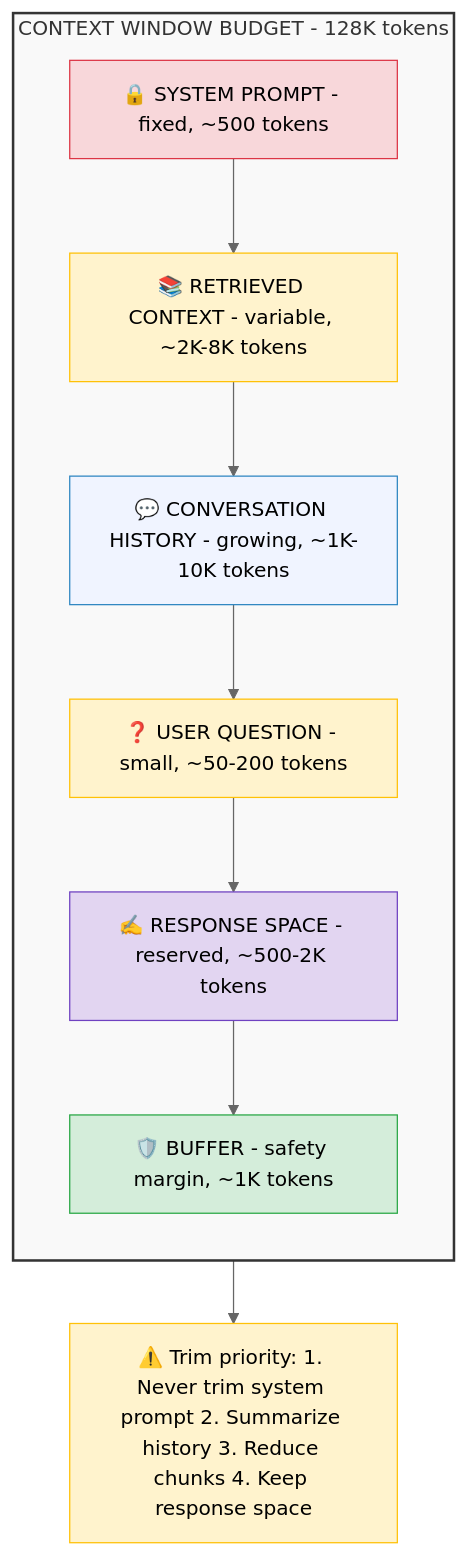
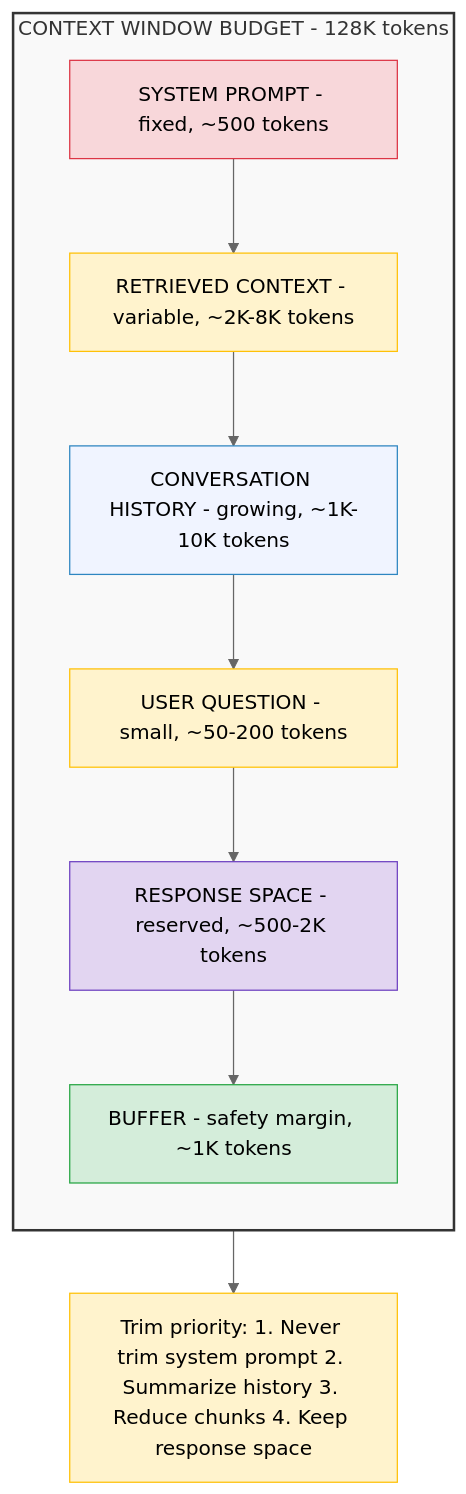
Before and after one commit to ithinktavo/GenAI-Engineering-Handbook: the third of 4 diagrams in docs/12-context-risks.md, drawn with Mermaid (neutral theme). The commit also changed other lines of this file and 10 other files, not shown here.

Commit message:
Diagram updates

````diff
--- a/docs/12-context-risks.md
+++ b/docs/12-context-risks.md
@@ -206,26 +206,26 @@
 ```mermaid
 graph TD
     subgraph budget["CONTEXT WINDOW BUDGET - 128K tokens"]
         direction TB
-        S["🔒 SYSTEM PROMPT - fixed, ~500 tokens"]
-        R["📚 RETRIEVED CONTEXT - variable, ~2K-8K tokens"]
-        H["💬 CONVERSATION HISTORY - growing, ~1K-10K tokens"]
-        Q["❓ USER QUESTION - small, ~50-200 tokens"]
-        RS["✍️ RESPONSE SPACE - reserved, ~500-2K tokens"]
-        B["🛡️ BUFFER - safety margin, ~1K tokens"]
+        S["SYSTEM PROMPT - fixed, ~500 tokens"]
+        R["RETRIEVED CONTEXT - variable, ~2K-8K tokens"]
+        H["CONVERSATION HISTORY - growing, ~1K-10K tokens"]
+        Q["USER QUESTION - small, ~50-200 tokens"]
+        RS["RESPONSE SPACE - reserved, ~500-2K tokens"]
+        B["BUFFER - safety margin, ~1K tokens"]
 
         S --> R --> H --> Q --> RS --> B
     end
 
-    TRIM["⚠️ Trim priority: 1. Never trim system prompt 2. Summarize history 3. Reduce chunks 4. Keep response space"]
+    TRIM["Trim priority: 1. Never trim system prompt 2. Summarize history 3. Reduce chunks 4. Keep response space"]
     budget --> TRIM
 
     style S fill:#f8d7da,stroke:#dc3545
     style R fill:#fff3cd,stroke:#ffc107
     style H fill:#f0f4ff,stroke:#2E86C1
     style Q fill:#fff3cd,stroke:#ffc107
     style RS fill:#e2d5f1,stroke:#6f42c1
     style B fill:#d4edda,stroke:#28a745
     style TRIM fill:#fff3cd,stroke:#ffc107
     style budget fill:#f9f9f9,stroke:#333,stroke-width:2px
 ```
````
